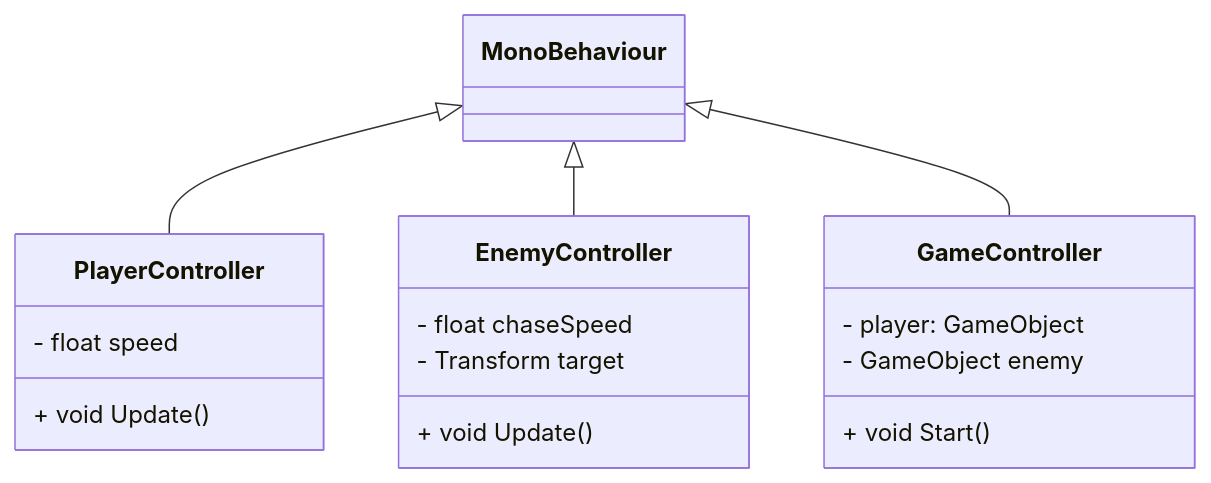
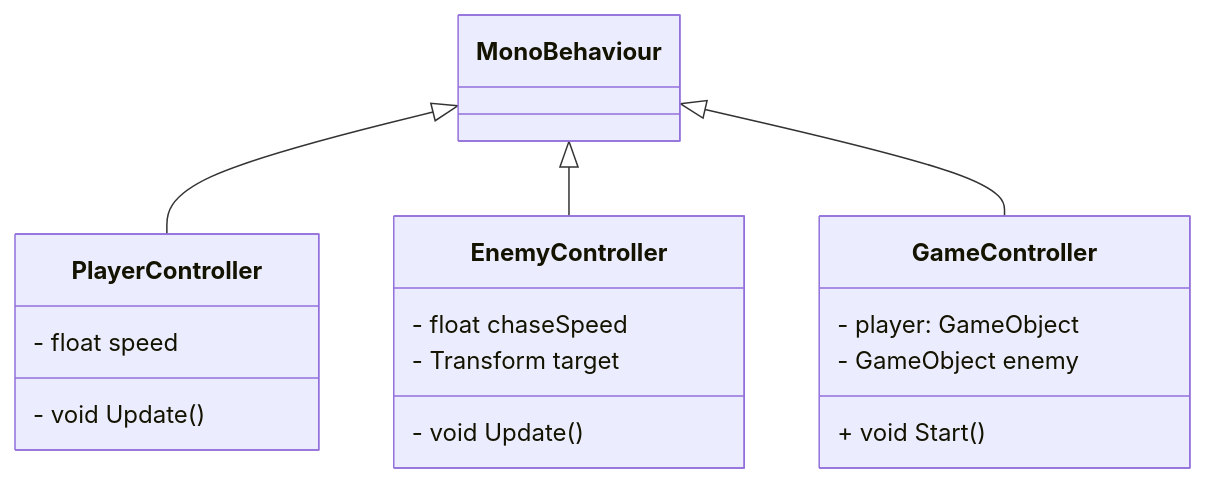
Before and after one commit to 4ahmns-sosem-2324/15-mermaid-mwalkner: the diagram in README.md, drawn with Mermaid.

````diff
--- a/README.md
+++ b/README.md
@@ -3,22 +3,22 @@
 ```mermaid
 classDiagram
     MonoBehaviour <|-- PlayerController
     MonoBehaviour <|-- EnemyController
     MonoBehaviour <|-- GameController
  
     class GameController {
         - player: GameObject
         - GameObject enemy
         + void Start()
     }
     class PlayerController {
         - float speed
-        + void Update()
+        - void Update()
     }
  
     class EnemyController {
         - float chaseSpeed
         - Transform target
-        + void Update()
+        - void Update()
     }
 ```
````
